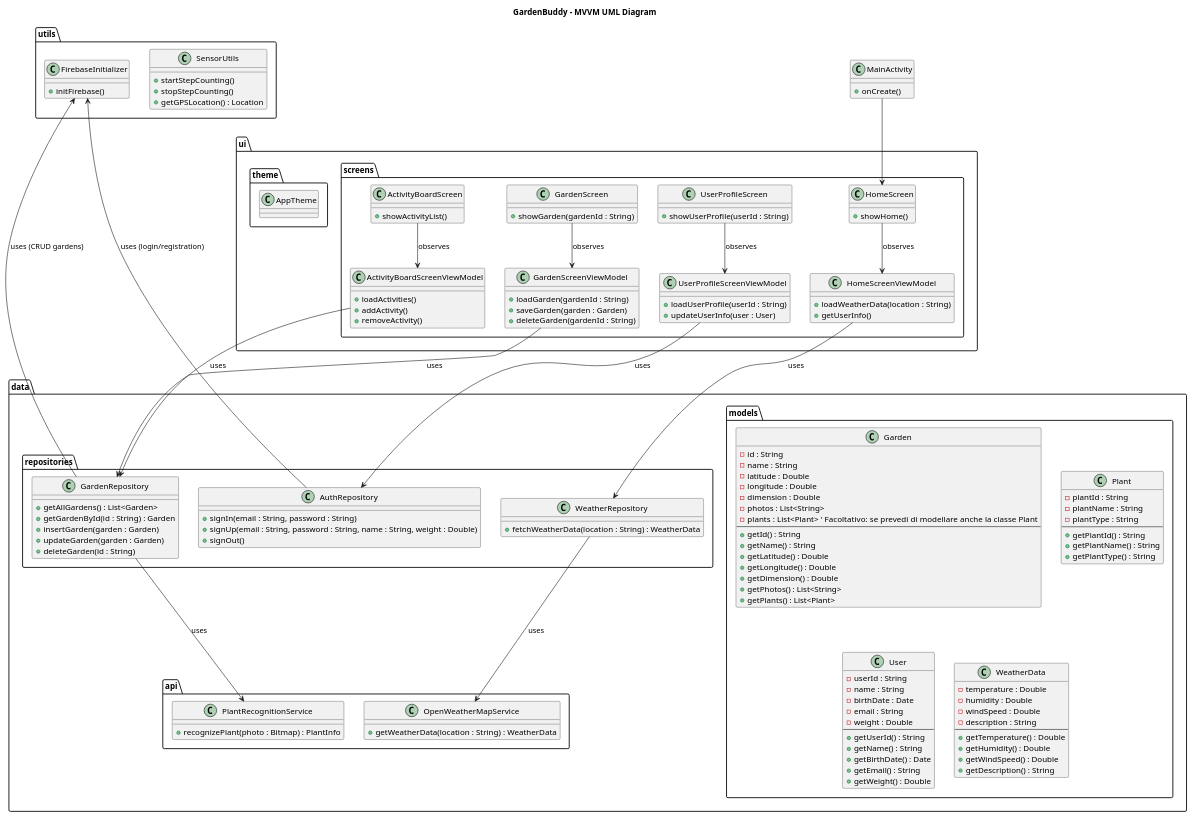
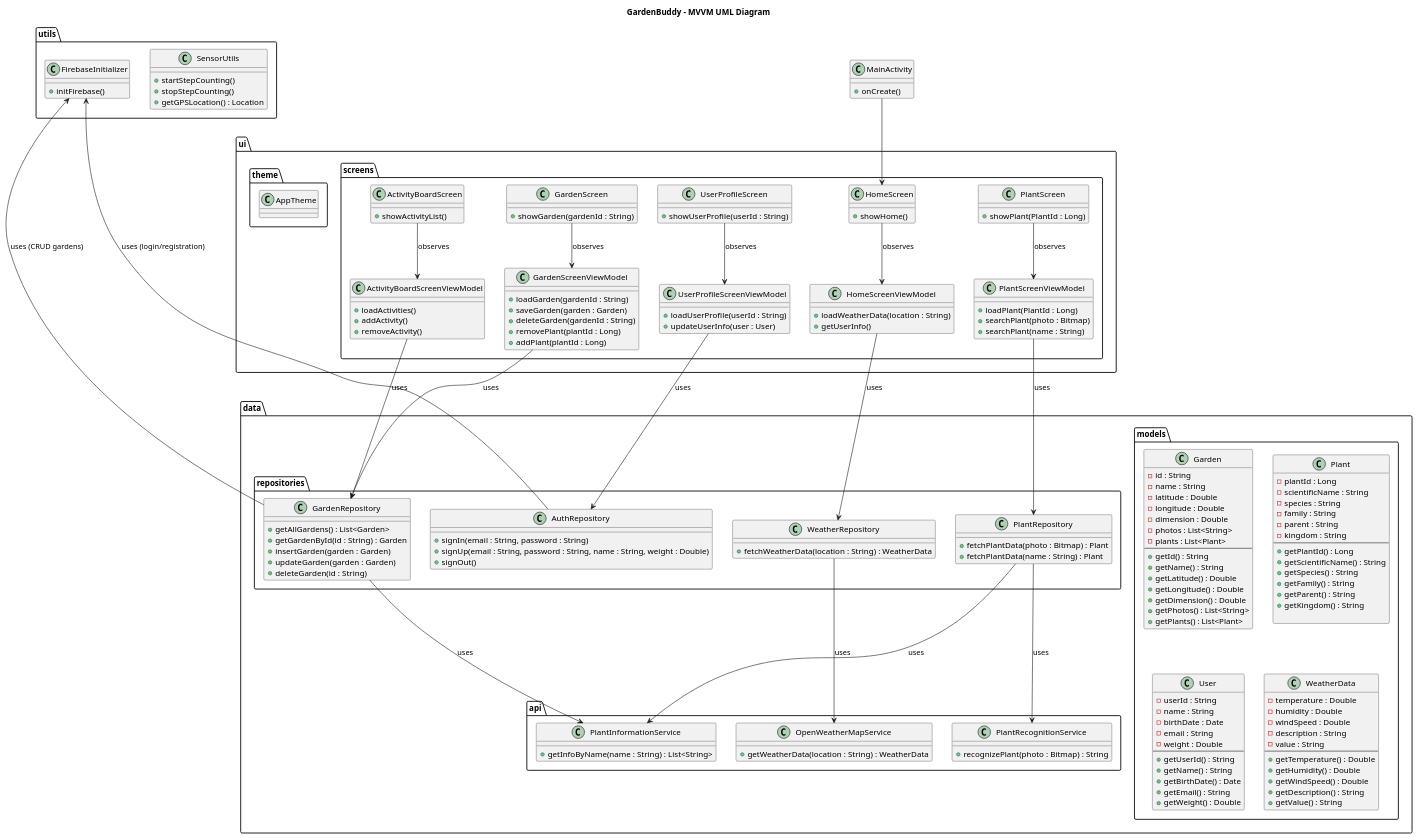
The diagram in app/src/main/java/com/example/gardenbuddy/ump.puml (giuliocapo/GardenBuddy), drawn with PlantUML before and after one commit. The commit also changed 5 other files, not shown here.

Commit message:
added recognition api key import updated the UML diagram for plant created view and viewModel files for Plant model

```diff
--- a/app/src/main/java/com/example/gardenbuddy/ump.puml
+++ b/app/src/main/java/com/example/gardenbuddy/ump.puml
@@ -12,8 +12,12 @@
     }
 
     class PlantRecognitionService {
-      + recognizePlant(photo : Bitmap) : PlantInfo
+      + recognizePlant(photo : Bitmap) : String
     }
+
+    class PlantInformationService {
+          + getInfoByName(name : String) : List<String>
+        }
   }
 
   package "models" {
@@ -24,7 +28,7 @@
       - longitude : Double
       - dimension : Double
       - photos : List<String>
-      - plants : List<Plant>  ' Facoltativo: se prevedi di modellare anche la classe Plant
+      - plants : List<Plant>
       --
       + getId() : String
       + getName() : String
@@ -35,15 +39,21 @@
       + getPlants() : List<Plant>
     }
 
-    ' Classe opzionale, se vuoi mantenere la definizione di piante separate
     class Plant {
-      - plantId : String
-      - plantName : String
-      - plantType : String
+      - plantId : Long
+      - scientificName : String
+      - species : String
+      - family : String
+      - parent : String
+      - kingdom : String
       --
-      + getPlantId() : String
-      + getPlantName() : String
-      + getPlantType() : String
+      + getPlantId() : Long
+      + getScientificName() : String
+      + getSpecies() : String
+      + getFamily() : String
+      + getParent() : String
+      + getKingdom() : String
+
     }
 
     class User {
@@ -66,11 +76,13 @@
       - humidity : Double
       - windSpeed : Double
       - description : String
+      - value : String
       --
       + getTemperature() : Double
       + getHumidity() : Double
       + getWindSpeed() : Double
       + getDescription() : String
+      + getValue() : String
     }
   }
 
@@ -85,6 +97,11 @@
 
     class WeatherRepository {
       + fetchWeatherData(location : String) : WeatherData
+    }
+
+    class PlantRepository {
+      + fetchPlantData(photo : Bitmap) : Plant
+      + fetchPlantData(name : String) : Plant
     }
 
     class AuthRepository {
@@ -113,6 +130,17 @@
       + loadGarden(gardenId : String)
       + saveGarden(garden : Garden)
       + deleteGarden(gardenId : String)
+      + removePlant(plantId : Long)
+      + addPlant(plantId : Long)
+    }
+
+    class PlantScreen {
+      + showPlant(PlantId : Long)
+    }
+    class PlantScreenViewModel {
+      + loadPlant(PlantId : Long)
+      + searchPlant(photo : Bitmap)
+      + searchPlant(name : String)
     }
 
     class HomeScreen {
@@ -165,14 +193,16 @@
 GardenScreenViewModel --> GardenRepository : uses
 HomeScreenViewModel --> WeatherRepository : uses
 UserProfileScreenViewModel --> AuthRepository : uses
+PlantScreenViewModel --> PlantRepository : uses
 
 ' ------------------ Esempio di relazioni tra Repository e Service --------------------
 GardenRepository --> FirebaseInitializer : uses (CRUD gardens)
 AuthRepository --> FirebaseInitializer : uses (login/registration)
 WeatherRepository --> OpenWeatherMapService : uses
+PlantRepository --> PlantRecognitionService : uses
+PlantRepository --> PlantInformationService : uses
 
-' (Facoltativo) se vuoi mostrare l'uso del riconoscimento piante
-GardenRepository --> PlantRecognitionService : uses
+GardenRepository --> PlantInformationService : uses
 
 ' ------------------ Esempio di relazioni con SensorUtils (GPS/Accelerometro) ---------
 SensorUtils -[hidden]--> HomeScreenViewModel
@@ -184,6 +214,7 @@
 GardenScreen --> GardenScreenViewModel : observes
 HomeScreen --> HomeScreenViewModel : observes
 UserProfileScreen --> UserProfileScreenViewModel : observes
+PlantScreen --> PlantScreenViewModel : observes
 
 ' MainActivity come entry point generale (navigator verso le varie screen)
 MainActivity --> HomeScreen
```
